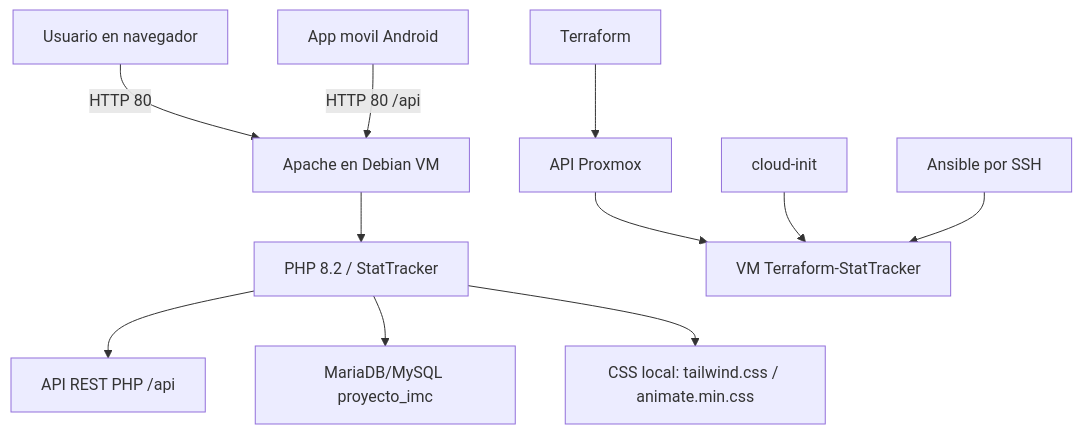
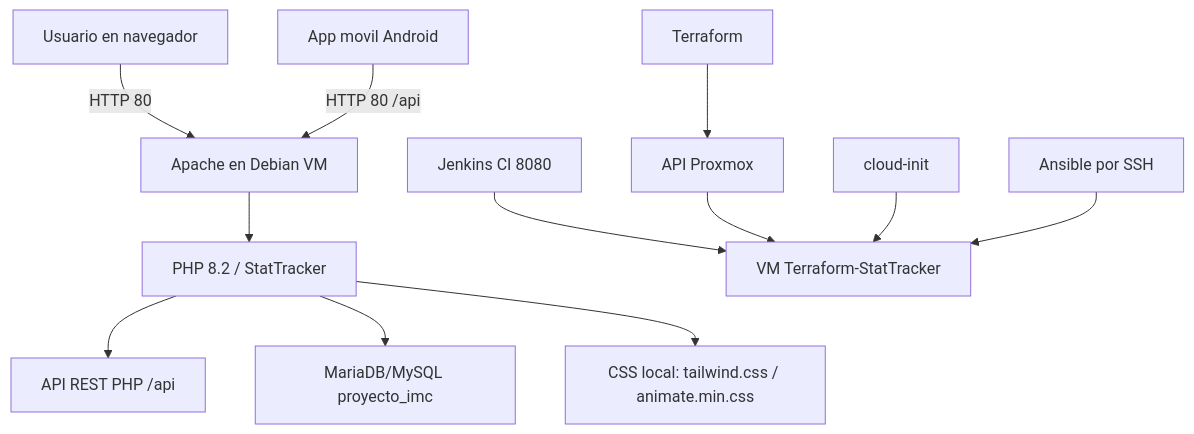
The diagram in docs/02-arquitectura.md (AlvaroPavon/StatTacker_Terraform), drawn with Mermaid before and after one commit. The commit also changed other lines of this file and 10 other files, not shown here.

````diff
--- a/docs/02-arquitectura.md
+++ b/docs/02-arquitectura.md
@@ -5,13 +5,14 @@
 ```mermaid
 flowchart TD
     U["Usuario en navegador"] -->|HTTP 80| A["Apache en Debian VM"]
     M["App movil Android"] -->|HTTP 80 /api| A
     A --> P["PHP 8.2 / StatTracker"]
     P --> API["API REST PHP /api"]
     P --> D["MariaDB/MySQL proyecto_imc"]
     P --> C["CSS local: tailwind.css / animate.min.css"]
+    J["Jenkins CI 8080"] --> V
     T["Terraform"] --> X["API Proxmox"]
     X --> V["VM Terraform-StatTracker"]
     CI["cloud-init"] --> V
     AN["Ansible por SSH"] --> V
 ```
````
